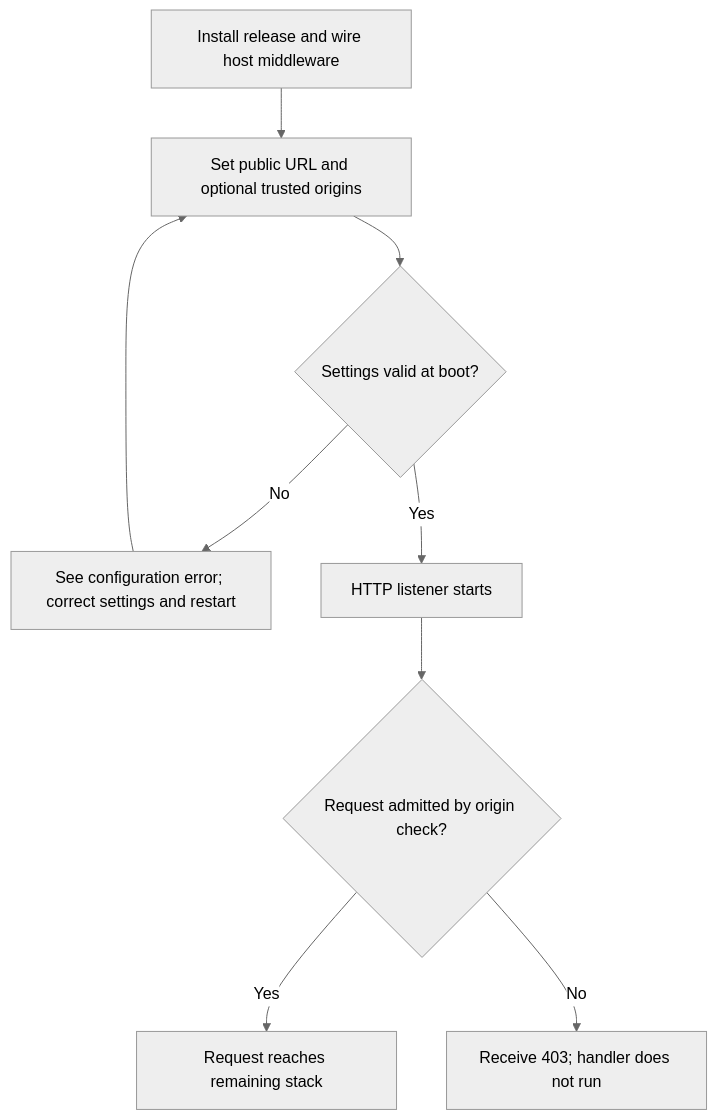
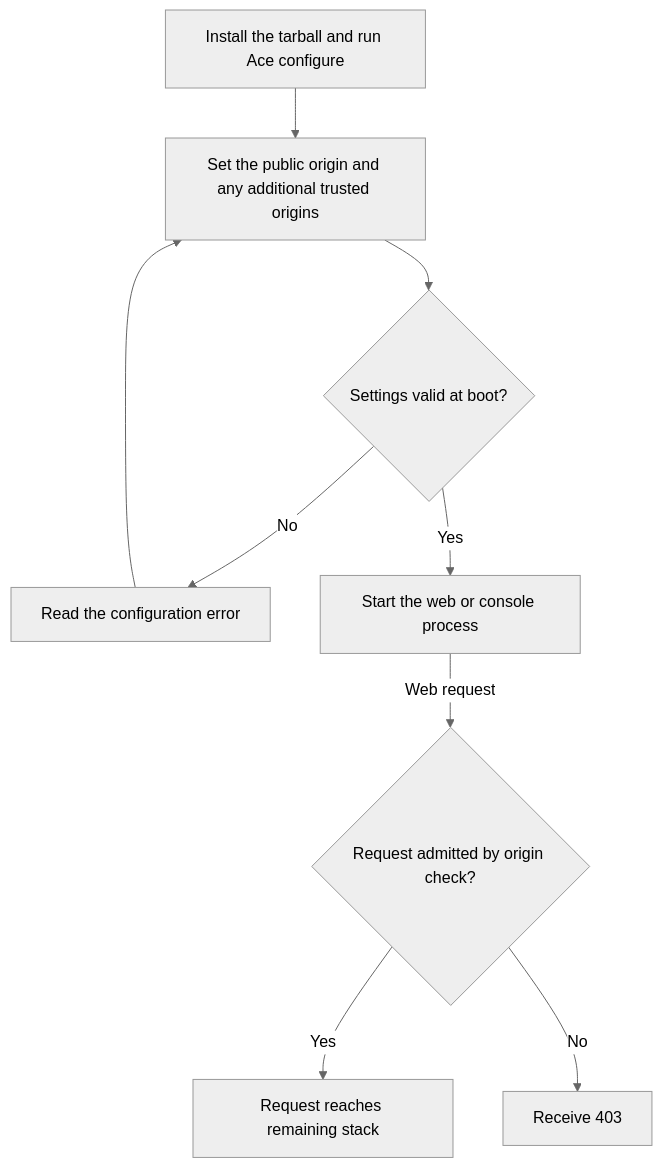
Before and after one commit to Kevinjohn/oss-adonisjs-origin-guard: the first of 2 diagrams in user-stories/US-ORIGIN-05-install-and-start.md, drawn with Mermaid (neutral theme). The commit also changed other lines of this file and 39 other files, not shown here.

Commit message:
Install Origin Guard through AdonisJS configure

````diff
--- a/user-stories/US-ORIGIN-05-install-and-start.md
+++ b/user-stories/US-ORIGIN-05-install-and-start.md
@@ -23,11 +26,11 @@
 ```mermaid
 flowchart TD
-    A["Install release and wire host middleware"] --> S["Set public URL and optional trusted origins"]
+    A["Install the tarball and run Ace configure"] --> S["Set the public origin and any additional trusted origins"]
     S --> B{"Settings valid at boot?"}
-    B -->|No| C["See configuration error; correct settings and restart"]
+    B -->|No| C["Read the configuration error"]
     C --> S
-    B -->|Yes| D["HTTP listener starts"]
-    D --> E{"Request admitted by origin check?"}
+    B -->|Yes| D["Start the web or console process"]
+    D -->|Web request| E{"Request admitted by origin check?"}
     E -->|Yes| F["Request reaches remaining stack"]
-    E -->|No| G["Receive 403; handler does not run"]
+    E -->|No| G["Receive 403"]
 ```
````
